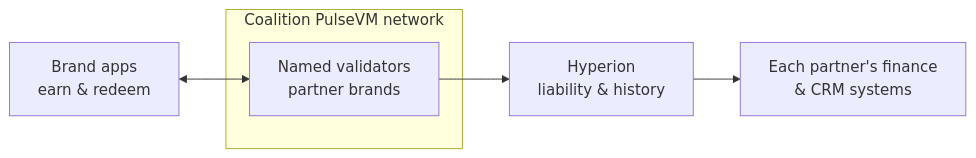
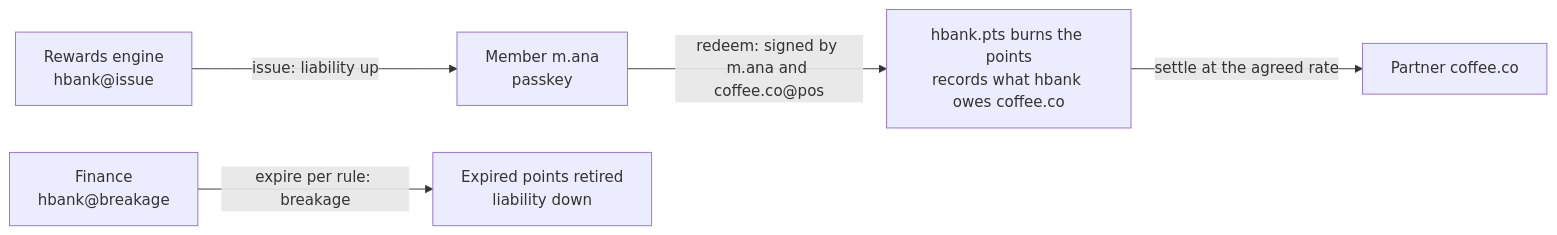
One commit to paulgnz/pulsevm-docs changed the diagram in docs/industries/loyalty.md. Above: the diagram before and after it, drawn with Mermaid. The commit also changed other lines of this file and 53 other files, not shown here.

````diff
--- a/docs/industries/loyalty.md
+++ b/docs/industries/loyalty.md
@@ -80,9 +66,7 @@
 ```mermaid
 flowchart LR
-  app["Brand apps<br/>earn & redeem"] <--> v
-  subgraph net["Coalition PulseVM network"]
-    v["Named validators<br/>partner brands"]
-  end
-  v --> hy["Hyperion<br/>liability & history"]
-  hy --> gl["Each partner's finance<br/>& CRM systems"]
+  eng["Rewards engine<br/>hbank@issue"] -- "issue: liability up" --> m["Member m.ana<br/>passkey"]
+  m -- "redeem: signed by m.ana and coffee.co@pos" --> r["hbank.pts burns the points<br/>records what hbank owes coffee.co"]
+  r -- "settle at the agreed rate" --> p["Partner coffee.co"]
+  fin["Finance<br/>hbank@breakage"] -- "expire per rule: breakage" --> x["Expired points retired<br/>liability down"]
 ```
````
